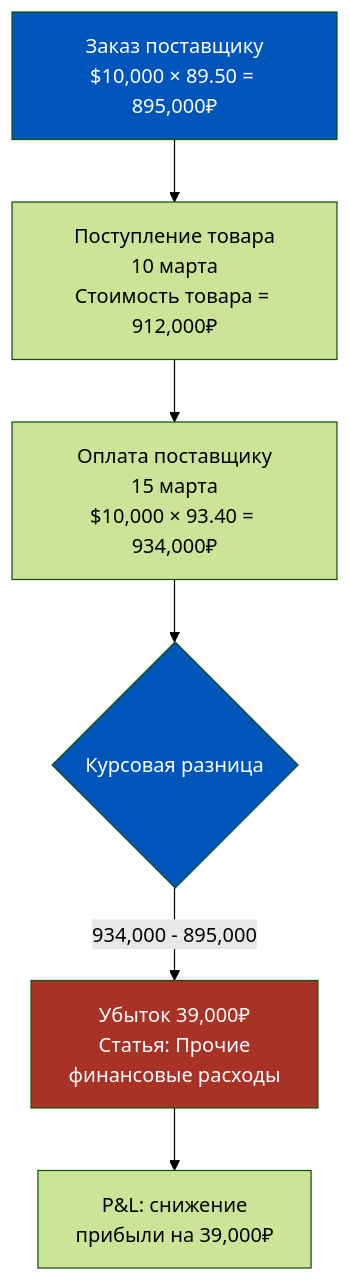
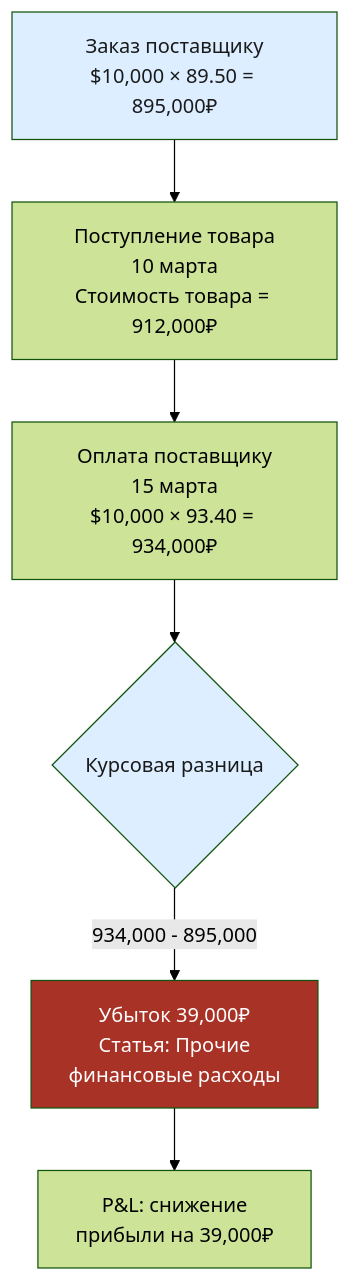
One commit to murad1986/1c-erp-quartz changed the seventh of 10 diagrams in content/1c-erp/week_8/Неделя 8 - День 3 - Казначейство и управление кэшем.md. Above: the diagram before and after it, drawn with Mermaid (forest theme). The commit also changed other lines of this file and 57 other files, not shown here.

First line of the commit message:
fix: Mermaid — пастельные цвета в источниках диаграмм (56 файлов)

````diff
--- a/content/1c-erp/week_8/Неделя 8 - День 3 - Казначейство и управление кэшем.md
+++ b/content/1c-erp/week_8/Неделя 8 - День 3 - Казначейство и управление кэшем.md
@@ -369,12 +369,12 @@
 ```mermaid
 flowchart TD
     A[Заказ поставщику<br/>$10,000 × 89.50 = 895,000₽] --> B[Поступление товара<br/>10 марта<br/>Стоимость товара = 912,000₽]
     B --> C[Оплата поставщику<br/>15 марта<br/>$10,000 × 93.40 = 934,000₽]
     C --> D{Курсовая разница}
     D -->|934,000 - 895,000| E[Убыток 39,000₽<br/>Статья: Прочие<br/>финансовые расходы]
     E --> F[P&L: снижение<br/>прибыли на 39,000₽]
 
-    style A fill:#0055BB,color:#fff
-    style D fill:#0055BB,color:#fff
+    style A fill:#dceeff,color:#1a1a1a
+    style D fill:#dceeff,color:#1a1a1a
     style E fill:#A93226,color:#fff
 ```
````
